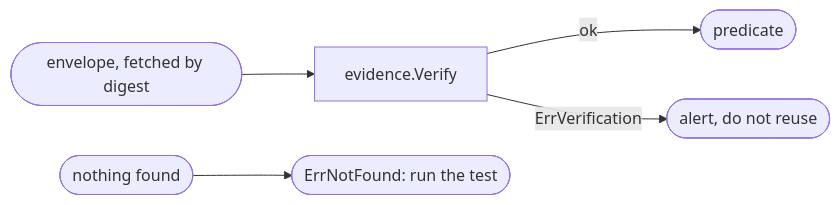
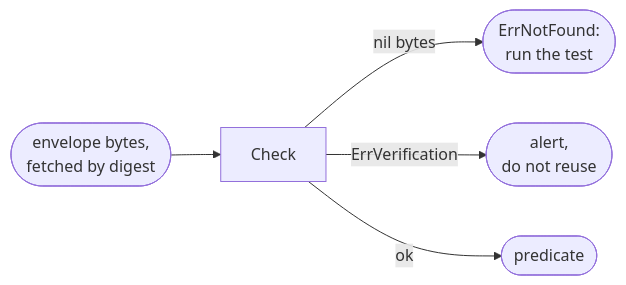
The diagram in docs/guides/go-consumer.md (TrianaLab/aval), drawn with Mermaid before and after one commit. The commit also changed other lines of this file and 48 other files, not shown here.

````diff
--- a/docs/guides/go-consumer.md
+++ b/docs/guides/go-consumer.md
@@ -6,7 +6,7 @@
 ```mermaid
 flowchart LR
-  fetch([envelope, fetched by digest]) --> check[evidence.Verify]
+  fetch([envelope bytes,<br>fetched by digest]) --> check[Check]
+  check -- nil bytes --> miss([ErrNotFound:<br>run the test]):::muted
+  check -- ErrVerification --> alert([alert,<br>do not reuse]):::err
   check -- ok --> p([predicate]):::ok
-  check -- ErrVerification --> alert([alert, do not reuse]):::err
-  none([nothing found]) --> miss([ErrNotFound: run the test]):::muted
 ```
````
